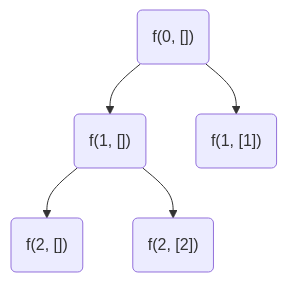
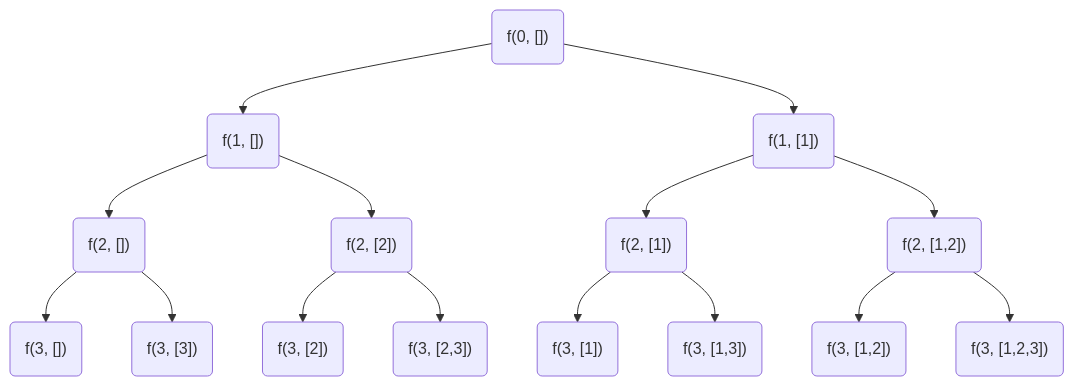
The fourth of 4 diagrams in Technical/DSA/Recursion.md (ImtiazKhanDS/notes), drawn with Mermaid before and after one commit.

Commit message:
Commit from imtiaz_personal_laptop on 02/10/2024, 07:36:53

````diff
--- a/Technical/DSA/Recursion.md
+++ b/Technical/DSA/Recursion.md
@@ -282,8 +282,23 @@
 ```mermaid
 graph TD
 a("f(0, [])") --> b("f(1, [])")
 a --> c("f(1, [1])")
 
 b --> d("f(2, [])")
 b --> e("f(2, [2])")
+
+d --> g("f(3, [])")
+d --> h("f(3, [3])")
+
+e --> i("f(3, [2])")
+e --> j("f(3, [2,3])")
+
+c --> k("f(2, [1])")
+c --> l("f(2, [1,2])")
+
+k --> m("f(3, [1])")
+k --> n("f(3, [1,3])")
+
+l --> o("f(3, [1,2])")
+l --> p("f(3, [1,2,3])")
 ```
````
